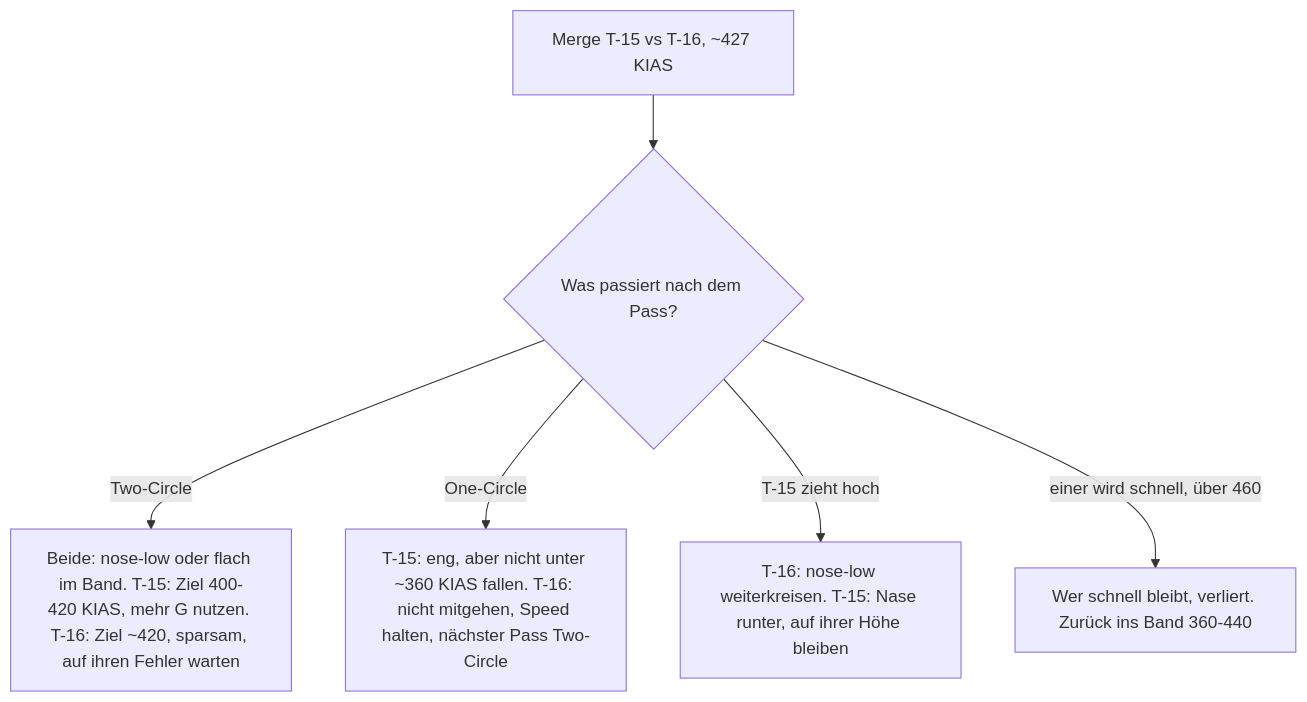
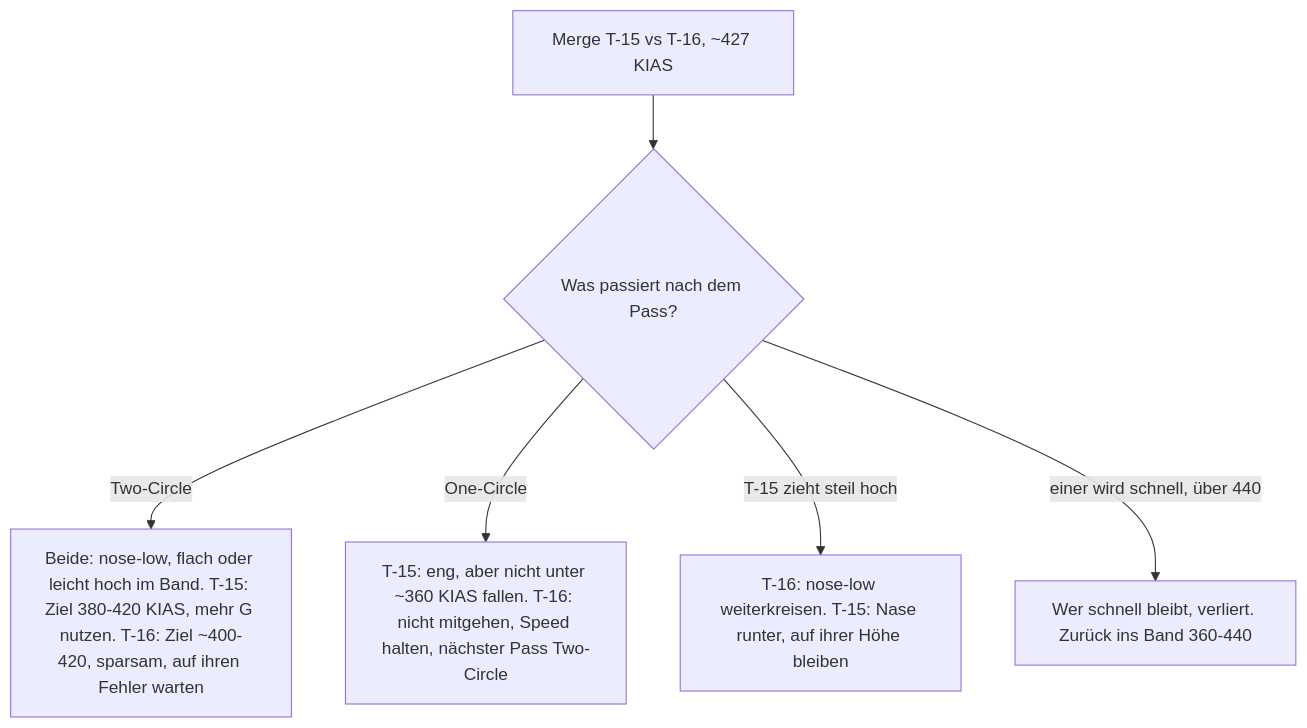
One commit to lukaio3D/VFM_Wiki changed the diagram in docs/flugzeuge/matchups/t15-vs-t16.md. Above: the diagram before and after it, drawn with Mermaid. The commit also changed other lines of this file and 49 other files, not shown here.

````diff
--- a/docs/flugzeuge/matchups/t15-vs-t16.md
+++ b/docs/flugzeuge/matchups/t15-vs-t16.md
@@ -91,8 +91,8 @@
 ```mermaid
 flowchart TD
     A[Merge T-15 vs T-16, ~427 KIAS] --> B{Was passiert nach dem Pass?}
-    B -->|Two-Circle| C[Beide: nose-low oder flach im Band. T-15: Ziel 400-420 KIAS, mehr G nutzen. T-16: Ziel ~420, sparsam, auf ihren Fehler warten]
+    B -->|Two-Circle| C[Beide: nose-low, flach oder leicht hoch im Band. T-15: Ziel 380-420 KIAS, mehr G nutzen. T-16: Ziel ~400-420, sparsam, auf ihren Fehler warten]
     B -->|One-Circle| D[T-15: eng, aber nicht unter ~360 KIAS fallen. T-16: nicht mitgehen, Speed halten, nächster Pass Two-Circle]
-    B -->|T-15 zieht hoch| E[T-16: nose-low weiterkreisen. T-15: Nase runter, auf ihrer Höhe bleiben]
-    B -->|einer wird schnell, über 460| F[Wer schnell bleibt, verliert. Zurück ins Band 360-440]
+    B -->|T-15 zieht steil hoch| E[T-16: nose-low weiterkreisen. T-15: Nase runter, auf ihrer Höhe bleiben]
+    B -->|einer wird schnell, über 440| F[Wer schnell bleibt, verliert. Zurück ins Band 360-440]
 ```
````
